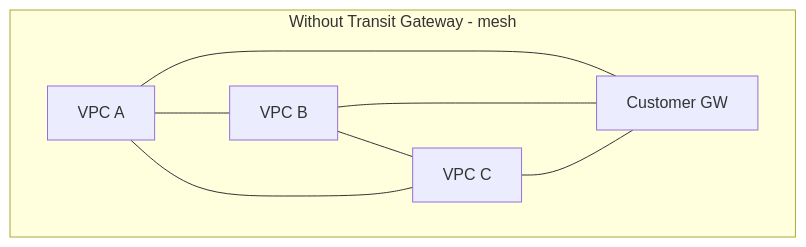
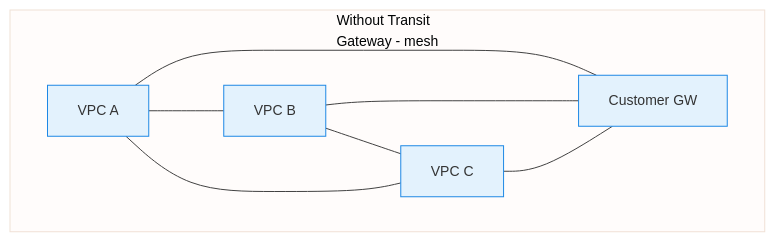
One commit to senthilkumarm1901/learn_by_blogging changed the eighth of 26 diagrams in aws_cloud_technical_essentials_book/12-hybrid-container-workloads.qmd. Above: the diagram before and after it, drawn with Mermaid. The commit also changed other lines of this file and 3 other files, not shown here.

Commit message:
updated diagrams, business cases used

````diff
--- a/aws_cloud_technical_essentials_book/12-hybrid-container-workloads.qmd
+++ b/aws_cloud_technical_essentials_book/12-hybrid-container-workloads.qmd
@@ -187,11 +212,12 @@
 ```{mermaid}
+%%{init: {'theme': 'base', 'themeVariables': {'primaryColor': '#E3F2FD', 'primaryBorderColor': '#1E88E5', 'lineColor': '#424242', 'fontSize': '14px'}}}%%
 flowchart TD
-    subgraph Without["Without Transit Gateway - mesh"]
+    subgraph Without["Without Transit<br>Gateway - mesh"]
         A1["VPC A"] --- A2["VPC B"]
         A2 --- A3["VPC C"]
         A1 --- A3
         A1 --- CG1["Customer GW"]
         A2 --- CG1
         A3 --- CG1
     end
 ```
````
